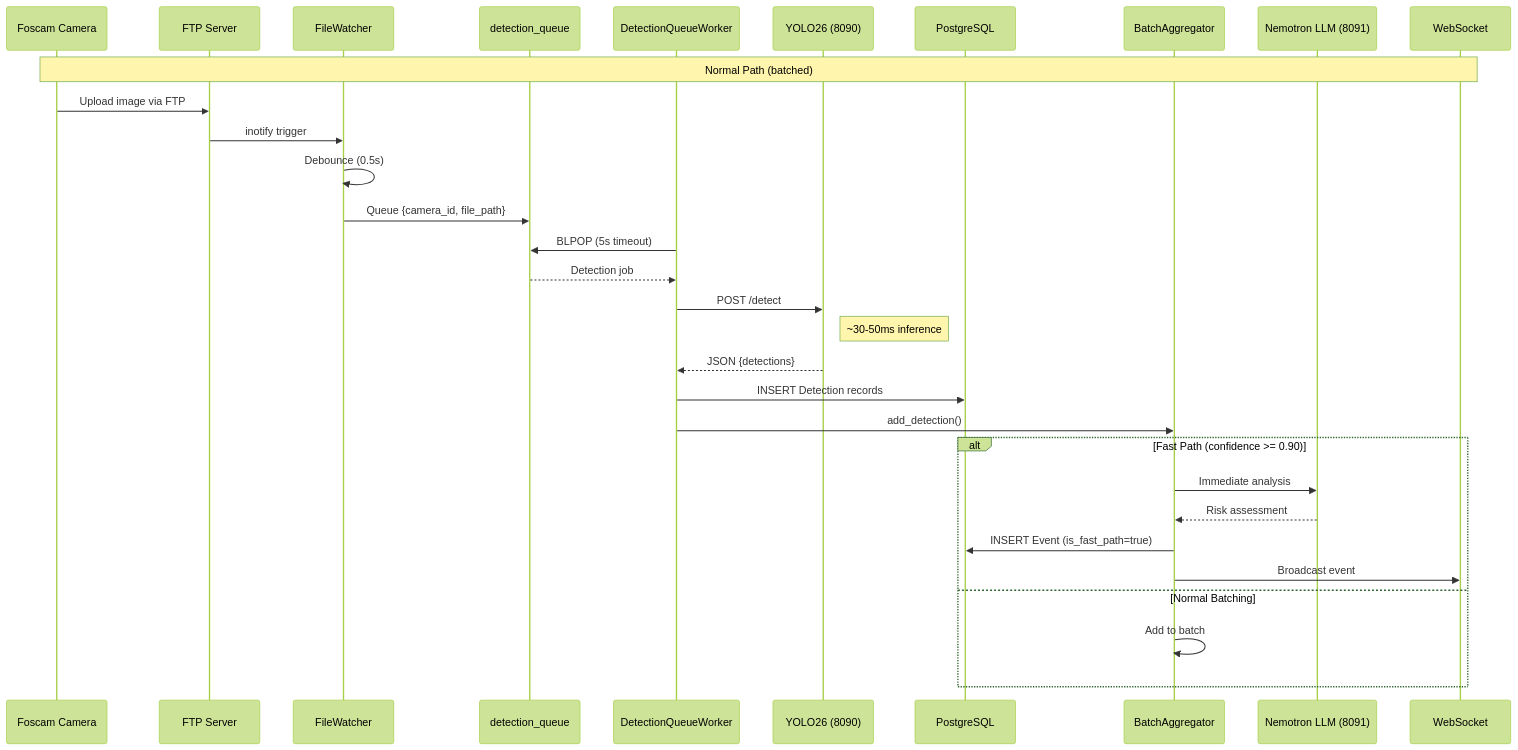
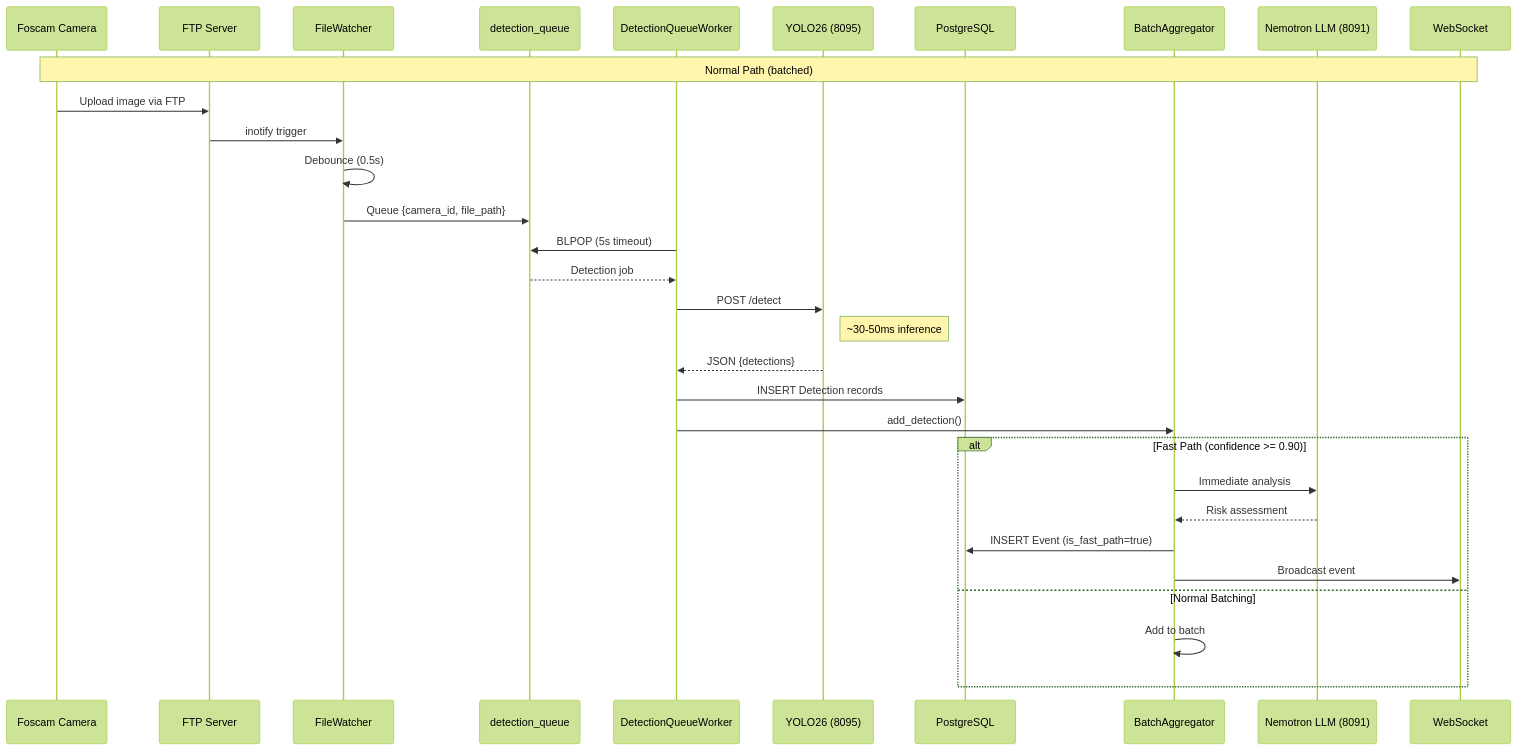
The tenth of 12 diagrams in docs/style-guides/diagrams.md (mikesvoboda/nemotron-v3-home-security-intelligence), drawn with Mermaid (forest theme) before and after one commit. The commit also changed 206 other files, not shown here.

````diff
--- a/docs/style-guides/diagrams.md
+++ b/docs/style-guides/diagrams.md
@@ -523,38 +523,38 @@
 ```mermaid
 sequenceDiagram
     participant Camera as Foscam Camera
     participant FTP as FTP Server
     participant FW as FileWatcher
     participant DQ as detection_queue
     participant DW as DetectionQueueWorker
-    participant RT as YOLO26 (8090)
+    participant RT as YOLO26 (8095)
     participant DB as PostgreSQL
     participant BA as BatchAggregator
     participant NEM as Nemotron LLM (8091)
     participant WS as WebSocket
 
     Note over Camera,WS: Normal Path (batched)
     Camera->>FTP: Upload image via FTP
     FTP->>FW: inotify trigger
     FW->>FW: Debounce (0.5s)
     FW->>DQ: Queue {camera_id, file_path}
 
     DW->>DQ: BLPOP (5s timeout)
     DQ-->>DW: Detection job
 
     DW->>RT: POST /detect
     Note right of RT: ~30-50ms inference
     RT-->>DW: JSON {detections}
     DW->>DB: INSERT Detection records
 
     DW->>BA: add_detection()
 
     alt Fast Path (confidence >= 0.90)
         BA->>NEM: Immediate analysis
         NEM-->>BA: Risk assessment
         BA->>DB: INSERT Event (is_fast_path=true)
         BA->>WS: Broadcast event
     else Normal Batching
         BA->>BA: Add to batch
     end
 ```
````
